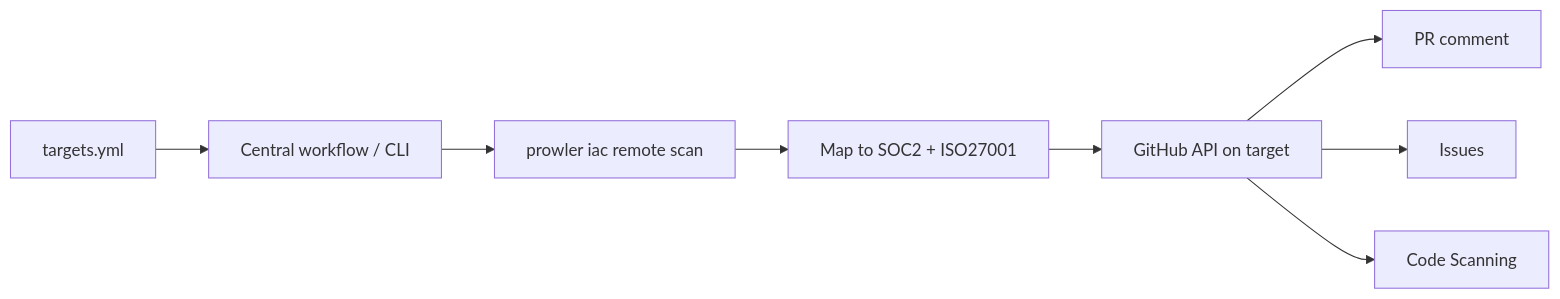
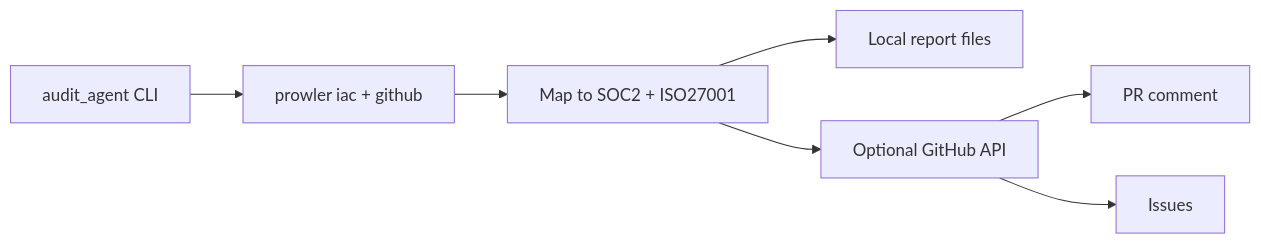
Before and after one commit to prowler-cloud/prowler: the diagram in docs/developer-guide/audit-agent.mdx, drawn with Mermaid. The commit also changed other lines of this file and 15 other files, not shown here.

````diff
--- a/docs/developer-guide/audit-agent.mdx
+++ b/docs/developer-guide/audit-agent.mdx
@@ -28,10 +27,9 @@
 ```mermaid
 flowchart LR
-  targets["targets.yml"] --> orch["Central workflow / CLI"]
-  orch --> scan["prowler iac remote scan"]
+  cli["audit_agent CLI"] --> scan["prowler iac + github"]
   scan --> map["Map to SOC2 + ISO27001"]
-  map --> api["GitHub API on target"]
+  map --> report["Local report files"]
+  map --> api["Optional GitHub API"]
   api --> comment["PR comment"]
   api --> issues["Issues"]
-  api --> sarif["Code Scanning"]
 ```
````
